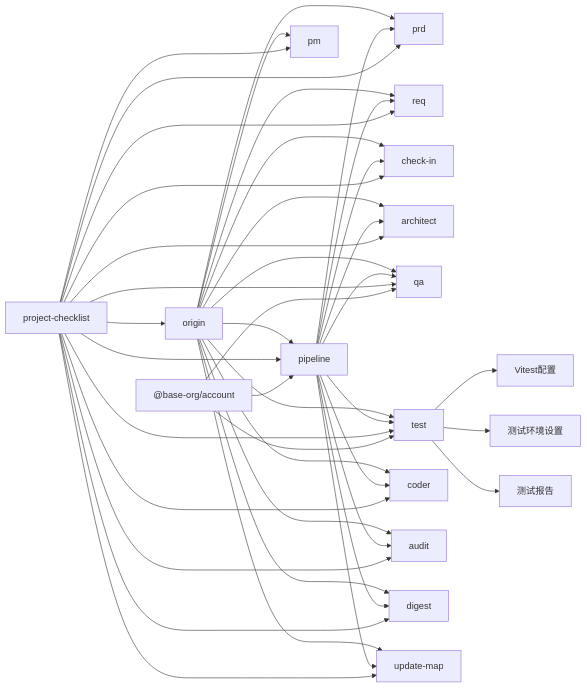
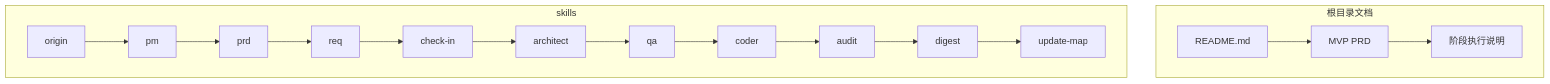
The diagram in content/wiki/02-项目概述/01-项目介绍.md (CryptoLinxu/Web3-AI-Agent-WebSite), drawn with Mermaid before and after one commit. The commit also changed other lines of this file and 59 other files, not shown here.

````diff
--- a/content/wiki/02-项目概述/01-项目介绍.md
+++ b/content/wiki/02-项目概述/01-项目介绍.md
@@ -499,44 +18,10 @@
 ```mermaid
-graph LR
-ORG["origin"] --> PIPE["pipeline"]
-ORG --> PM["pm"]
-ORG --> PRD["prd"]
-ORG --> REQ["req"]
-ORG --> CHECKIN["check-in"]
-ORG --> ARCH["architect"]
-ORG --> QA["qa"]
-ORG --> TEST["test"]
-ORG --> CODER["coder"]
-ORG --> AUDIT["audit"]
-ORG --> DIGEST["digest"]
-ORG --> UPDATE["update-map"]
-PIPE --> PRD
-PIPE --> REQ
-PIPE --> CHECKIN
-PIPE --> ARCH
-PIPE --> QA
-PIPE --> TEST
-PIPE --> CODER
-PIPE --> AUDIT
-PIPE --> DIGEST
-PIPE --> UPDATE
-CHECKLIST["project-checklist"] --> ORG
-CHECKLIST --> PIPE
-CHECKLIST --> PM
-CHECKLIST --> PRD
-CHECKLIST --> REQ
-CHECKLIST --> CHECKIN
-CHECKLIST --> ARCH
-CHECKLIST --> QA
-CHECKLIST --> TEST
-CHECKLIST --> CODER
-CHECKLIST --> AUDIT
-CHECKLIST --> DIGEST
-CHECKLIST --> UPDATE
-TEST --> VITEST["Vitest配置"]
-TEST --> SETUP["测试环境设置"]
-TEST --> REPORT["测试报告"]
-BASE_ACCOUNT["@base-org/account"] --> PIPE
-BASE_ACCOUNT --> QA
-BASE_ACCOUNT --> TEST
+graph TB
+subgraph "根目录文档"
+PLAN["README.md"] --> PRD["MVP PRD"]
+PRD --> MAP["阶段执行说明"]
+end
+subgraph "skills"
+ORG["origin"] --> PM["pm"] --> PRD_S["prd"] --> REQ["req"] --> CHECKIN["check-in"] --> ARCH["architect"] --> QA["qa"] --> CODER["coder"] --> AUDIT["audit"] --> DIGEST["digest"] --> UPDATE["update-map"]
+end
 ```
````
